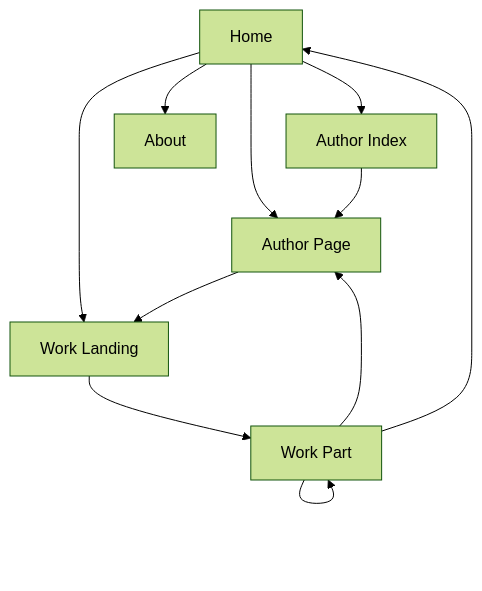
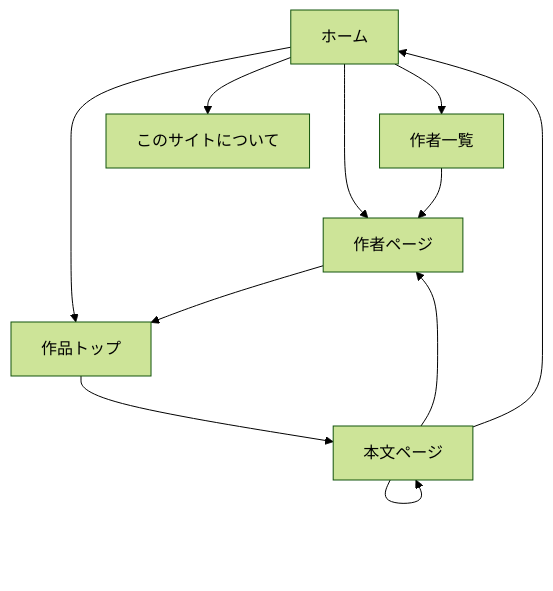
One commit to garyohosu/WorldClassicsJP changed the diagram in UI.md. Above: the diagram before and after it, drawn with Mermaid (forest theme). The commit also changed other lines of this file and 2 other files, not shown here.

````diff
--- a/UI.md
+++ b/UI.md
@@ -59,20 +76,20 @@
 ```mermaid
 flowchart TD
-    HOME[Home]
-    AUTHORS[Author Index]
-    AUTHOR[Author Page]
-    WORK[Work Landing]
-    PART[Work Part]
-    ABOUT[About]
+    HOME[ホーム]
+    AUTHORS[作者一覧]
+    AUTHOR[作者ページ]
+    WORK[作品トップ]
+    PART[本文ページ]
+    ABOUT[このサイトについて]
 
     HOME --> AUTHORS
     HOME --> AUTHOR
     HOME --> WORK
     AUTHORS --> AUTHOR
     AUTHOR --> WORK
     WORK --> PART
     PART --> PART
     PART --> AUTHOR
     PART --> HOME
     HOME --> ABOUT
 ```
````
